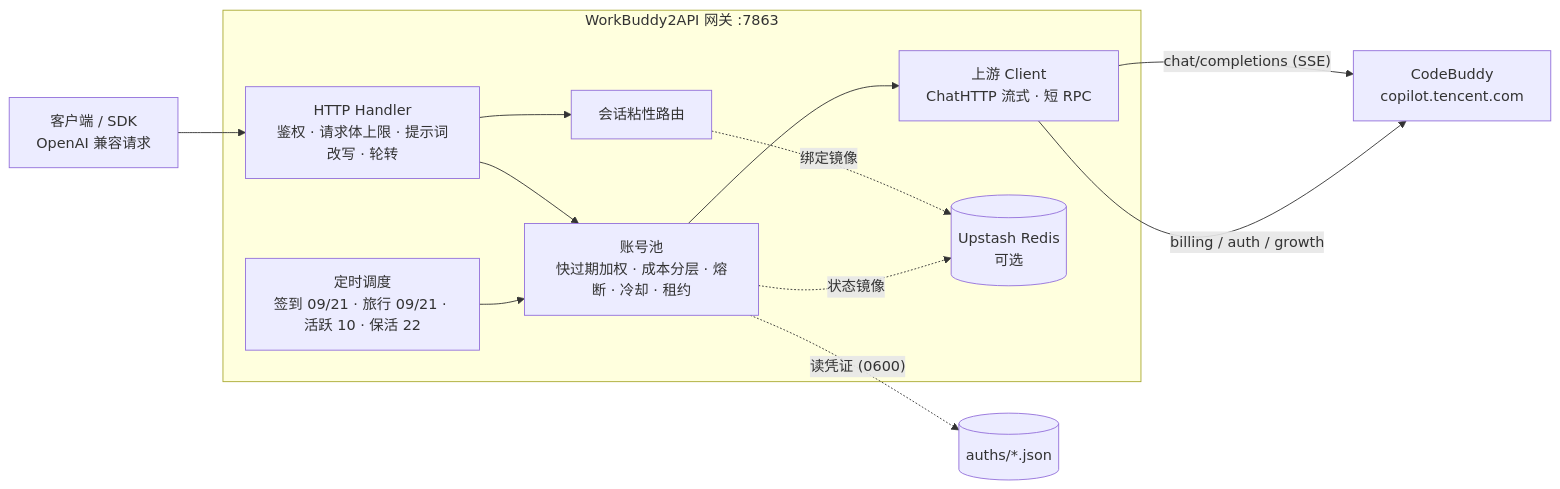
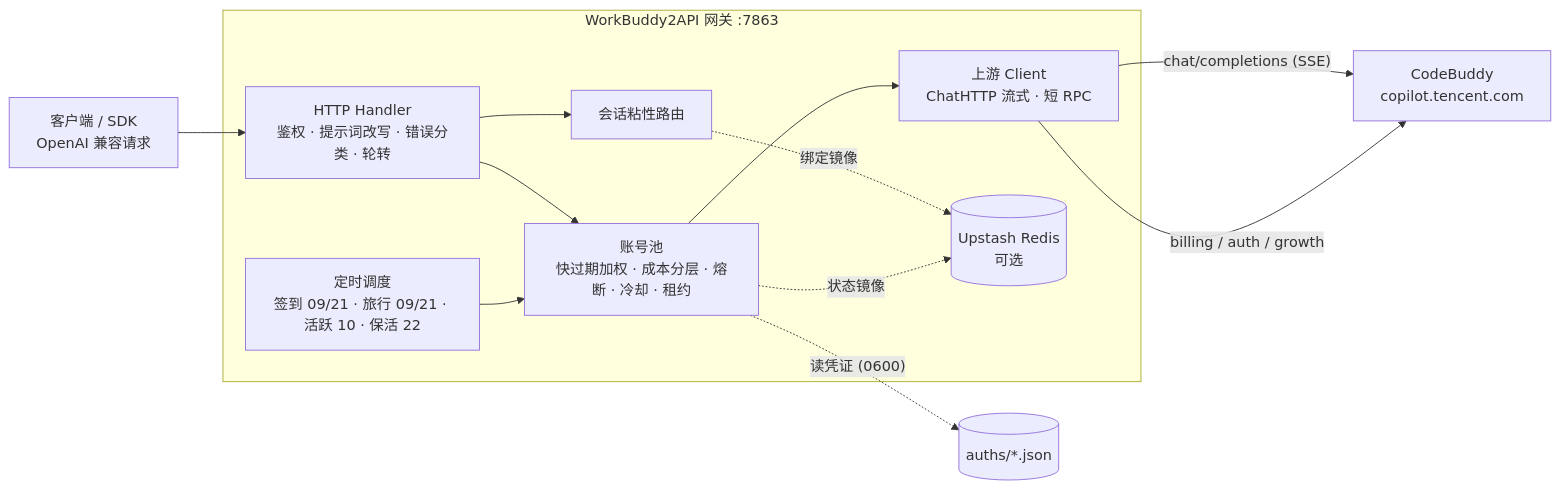
One commit to renleihaokun/workbuddy2api-panel changed the diagram in README.md. Above: the diagram before and after it, drawn with Mermaid. The commit also changed other lines of this file, not shown here.

````diff
--- a/README.md
+++ b/README.md
@@ -207,18 +292,18 @@
 ```mermaid
 flowchart LR
     Client["客户端 / SDK\nOpenAI 兼容请求"] --> H
 
     subgraph GWI["WorkBuddy2API 网关 :7863"]
-        H["HTTP Handler\n鉴权 · 请求体上限 · 提示词改写 · 轮转"] --> P
+        H["HTTP Handler\n鉴权 · 提示词改写 · 错误分类 · 轮转"] --> P
         H --> S
         P["账号池\n快过期加权 · 成本分层 · 熔断 · 冷却 · 租约"] --> U
         S["会话粘性路由"] -.绑定镜像.-> REDIS
         T["定时调度\n签到 09/21 · 旅行 09/21 · 活跃 10 · 保活 22"] --> P
         U["上游 Client\nChatHTTP 流式 · 短 RPC"]
     end
 
     P -. "读凭证 (0600)" .-> AUTH[("auths/*.json")]
     P -. "状态镜像" .-> REDIS[("Upstash Redis\n可选")]
     U -->|"chat/completions (SSE)"| CB["CodeBuddy\ncopilot.tencent.com"]
     U -->|"billing / auth / growth"| CB
 ```
````
